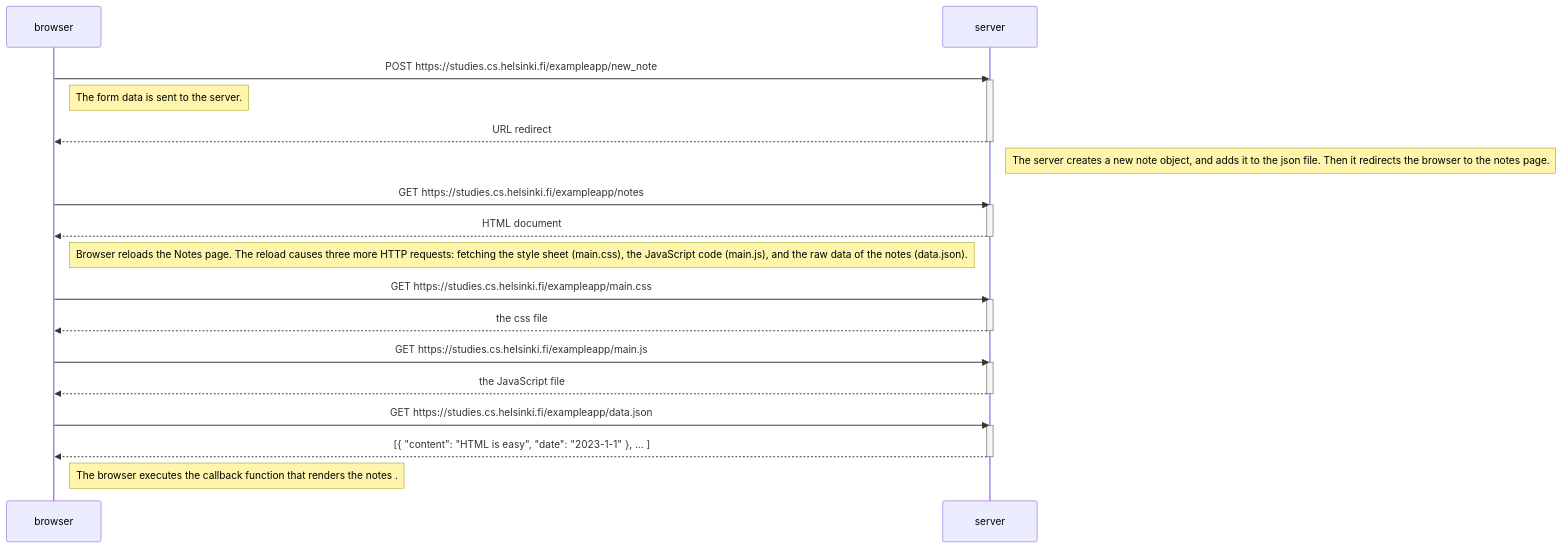
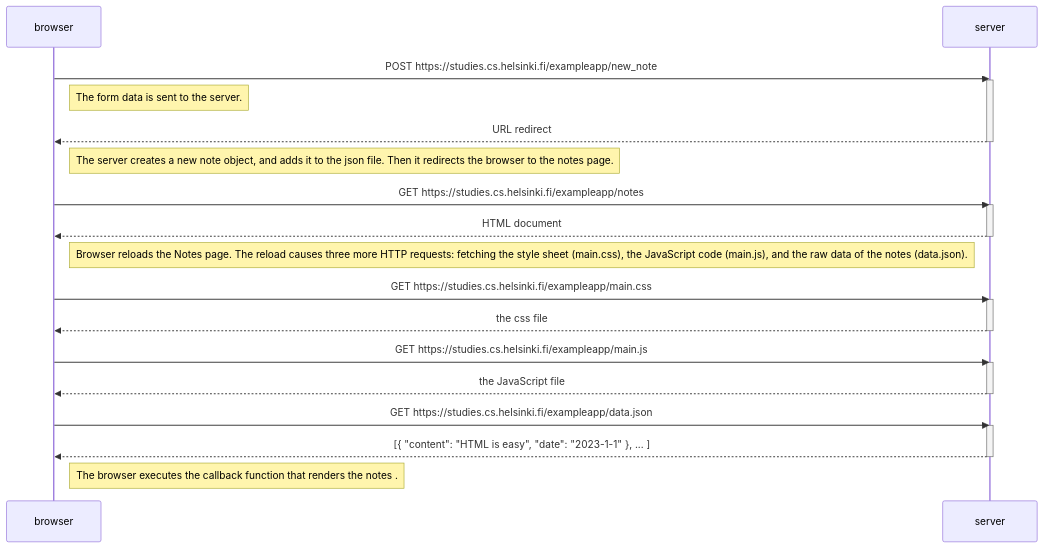
Before and after one commit to PetteriMoilanen/HY-Full-Stack-MOOC: the diagram in part0/0.4-new-note-diagram.md, drawn with Mermaid.

````diff
--- a/part0/0.4-new-note-diagram.md
+++ b/part0/0.4-new-note-diagram.md
@@ -3,38 +3,38 @@
 ```mermaid
 sequenceDiagram
     participant browser
     participant server
 
     browser->>server: POST https://studies.cs.helsinki.fi/exampleapp/new_note
     activate server
     Note right of browser: The form data is sent to the server.
 
 
     server-->>browser: URL redirect
     deactivate server
-    Note right of server: The server creates a new note object, and adds it to the json file. Then it redirects the browser to the notes page.
+    Note right of browser: The server creates a new note object, and adds it to the json file. Then it redirects the browser to the notes page.
 
     browser->>server: GET https://studies.cs.helsinki.fi/exampleapp/notes
     activate server
     server-->>browser: HTML document
     deactivate server
     Note right of browser: Browser reloads the Notes page. The reload causes three more HTTP requests: fetching the style sheet (main.css), the JavaScript code (main.js), and the raw data of the notes (data.json).
 
 
     browser->>server: GET https://studies.cs.helsinki.fi/exampleapp/main.css
     activate server
     server-->>browser: the css file
     deactivate server
 
     browser->>server: GET https://studies.cs.helsinki.fi/exampleapp/main.js
     activate server
     server-->>browser: the JavaScript file
     deactivate server
 
     browser->>server: GET https://studies.cs.helsinki.fi/exampleapp/data.json
     activate server
     server-->>browser: [{ "content": "HTML is easy", "date": "2023-1-1" }, ... ]
     deactivate server    
 
     Note right of browser: The browser executes the callback function that renders the notes .
 ```
````
